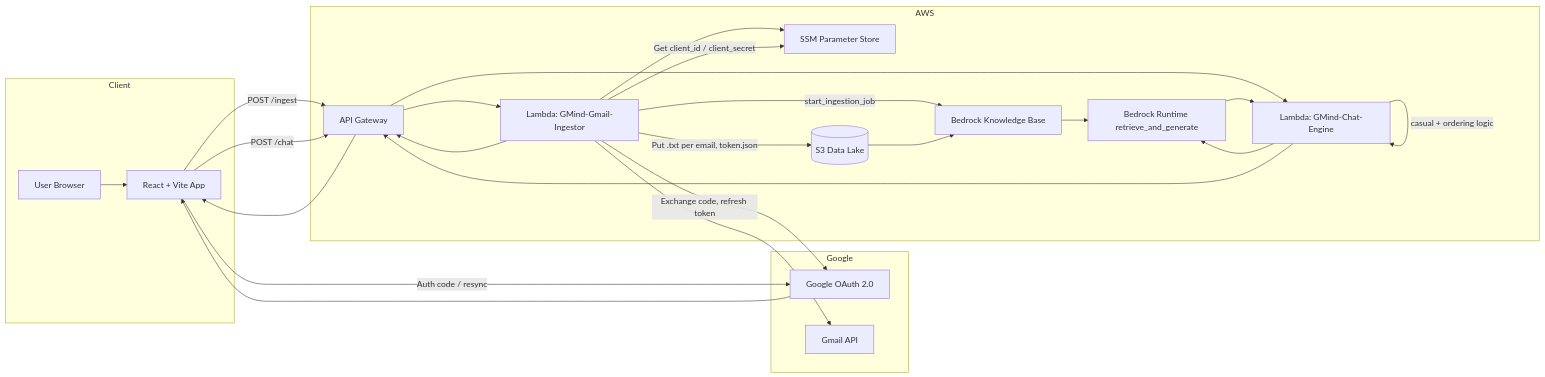
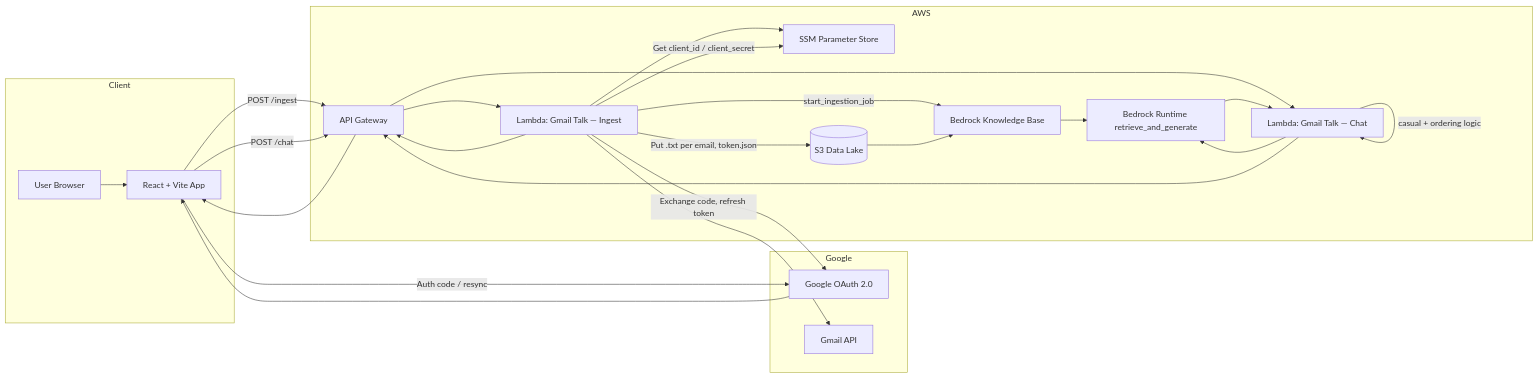
Before and after one commit to paresh-p-crest/gmailchatbot: the diagram in README.md, drawn with Mermaid. The commit also changed other lines of this file and 6 other files, not shown here.

````diff
--- a/README.md
+++ b/README.md
@@ -45,44 +45,44 @@
 ```mermaid
 flowchart LR
     subgraph Client
         U[User Browser]
         R[React + Vite App]
     end
 
     subgraph Google
         G[Google OAuth 2.0]
         GM[Gmail API]
     end
 
     subgraph AWS
         AG[API Gateway]
-        LI[Lambda: GMind-Gmail-Ingestor]
-        LC[Lambda: GMind-Chat-Engine]
+        LI[Lambda: Gmail Talk — Ingest]
+        LC[Lambda: Gmail Talk — Chat]
         SSM[SSM Parameter Store]
         S3[(S3 Data Lake)]
         BKB[Bedrock Knowledge Base]
         BR[Bedrock Runtime retrieve_and_generate]
     end
 
     U --> R
     R -->|Auth code / resync| G
     G --> R
     R -->|POST /ingest| AG
     R -->|POST /chat| AG
     AG --> LI
     AG --> LC
     LI --> SSM
     LI -->|Get client_id / client_secret| SSM
     LI -->|Exchange code, refresh token| G
     LI --> GM
     LI -->|Put .txt per email, token.json| S3
     LI -->|start_ingestion_job| BKB
     S3 --> BKB
     LC -->|casual + ordering logic| LC
     LC --> BR
     BKB --> BR
     BR --> LC
     LC --> AG
     LI --> AG
     AG --> R
 ```
````
